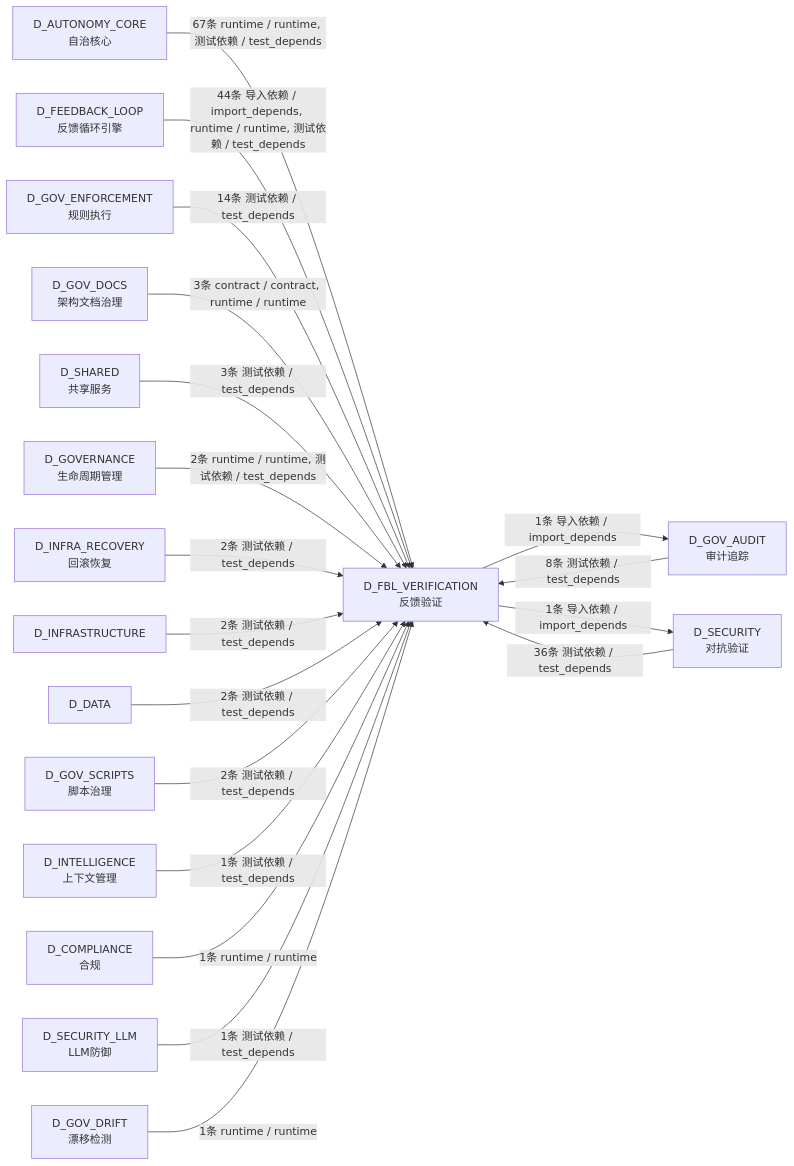
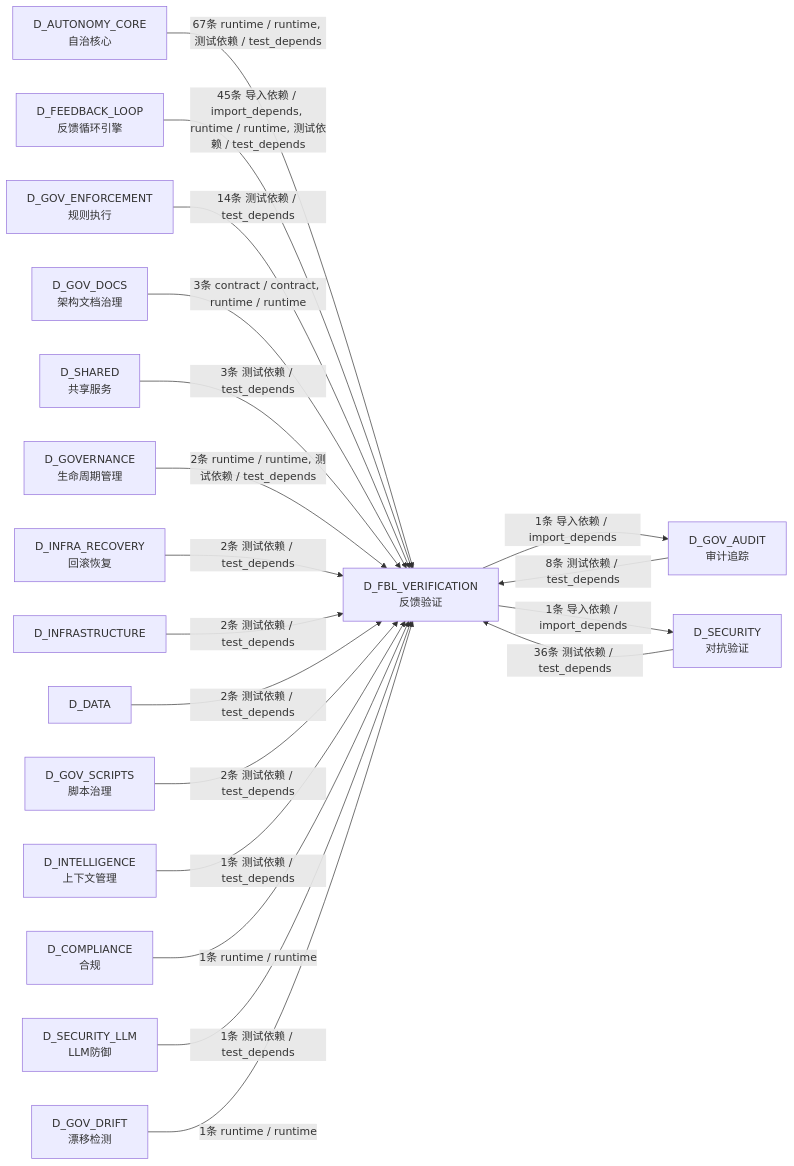
One commit to xuanFelixVan/ZephyrAlpha changed the fifth of 5 diagrams in docs/02_enterprise_architecture/02_domain_architecture_docs/13_d_fbl_verification.md. Above: the diagram before and after it, drawn with Mermaid. The commit also changed other lines of this file and 124 other files, not shown here.

````diff
--- a/docs/02_enterprise_architecture/02_domain_architecture_docs/13_d_fbl_verification.md
+++ b/docs/02_enterprise_architecture/02_domain_architecture_docs/13_d_fbl_verification.md
@@ -502,38 +509,38 @@
 ```mermaid
 graph LR
     D_FBL_VERIFICATION["D_FBL_VERIFICATION<br/>反馈验证"]
     D_GOV_AUDIT["D_GOV_AUDIT<br/>审计追踪"]
     D_SECURITY["D_SECURITY<br/>对抗验证"]
     D_AUTONOMY_CORE["D_AUTONOMY_CORE<br/>自治核心"]
     D_FEEDBACK_LOOP["D_FEEDBACK_LOOP<br/>反馈循环引擎"]
     D_GOV_ENFORCEMENT["D_GOV_ENFORCEMENT<br/>规则执行"]
     D_GOV_DOCS["D_GOV_DOCS<br/>架构文档治理"]
     D_SHARED["D_SHARED<br/>共享服务"]
     D_GOVERNANCE["D_GOVERNANCE<br/>生命周期管理"]
     D_INFRA_RECOVERY["D_INFRA_RECOVERY<br/>回滚恢复"]
     D_INFRASTRUCTURE["D_INFRASTRUCTURE"]
     D_DATA["D_DATA"]
     D_GOV_SCRIPTS["D_GOV_SCRIPTS<br/>脚本治理"]
     D_INTELLIGENCE["D_INTELLIGENCE<br/>上下文管理"]
     D_COMPLIANCE["D_COMPLIANCE<br/>合规"]
     D_SECURITY_LLM["D_SECURITY_LLM<br/>LLM防御"]
     D_GOV_DRIFT["D_GOV_DRIFT<br/>漂移检测"]
     D_FBL_VERIFICATION -->|1条 导入依赖 / import_depends| D_GOV_AUDIT
     D_FBL_VERIFICATION -->|1条 导入依赖 / import_depends| D_SECURITY
     D_AUTONOMY_CORE -->|67条 runtime / runtime, 测试依赖 / test_depends| D_FBL_VERIFICATION
-    D_FEEDBACK_LOOP -->|44条 导入依赖 / import_depends, runtime / runtime, 测试依赖 / test_depends| D_FBL_VERIFICATION
+    D_FEEDBACK_LOOP -->|45条 导入依赖 / import_depends, runtime / runtime, 测试依赖 / test_depends| D_FBL_VERIFICATION
     D_SECURITY -->|36条 测试依赖 / test_depends| D_FBL_VERIFICATION
     D_GOV_ENFORCEMENT -->|14条 测试依赖 / test_depends| D_FBL_VERIFICATION
     D_GOV_AUDIT -->|8条 测试依赖 / test_depends| D_FBL_VERIFICATION
     D_GOV_DOCS -->|3条 contract / contract, runtime / runtime| D_FBL_VERIFICATION
     D_SHARED -->|3条 测试依赖 / test_depends| D_FBL_VERIFICATION
     D_GOVERNANCE -->|2条 runtime / runtime, 测试依赖 / test_depends| D_FBL_VERIFICATION
     D_INFRA_RECOVERY -->|2条 测试依赖 / test_depends| D_FBL_VERIFICATION
     D_INFRASTRUCTURE -->|2条 测试依赖 / test_depends| D_FBL_VERIFICATION
     D_DATA -->|2条 测试依赖 / test_depends| D_FBL_VERIFICATION
     D_GOV_SCRIPTS -->|2条 测试依赖 / test_depends| D_FBL_VERIFICATION
     D_INTELLIGENCE -->|1条 测试依赖 / test_depends| D_FBL_VERIFICATION
     D_COMPLIANCE -->|1条 runtime / runtime| D_FBL_VERIFICATION
     D_SECURITY_LLM -->|1条 测试依赖 / test_depends| D_FBL_VERIFICATION
     D_GOV_DRIFT -->|1条 runtime / runtime| D_FBL_VERIFICATION
 ```
````
